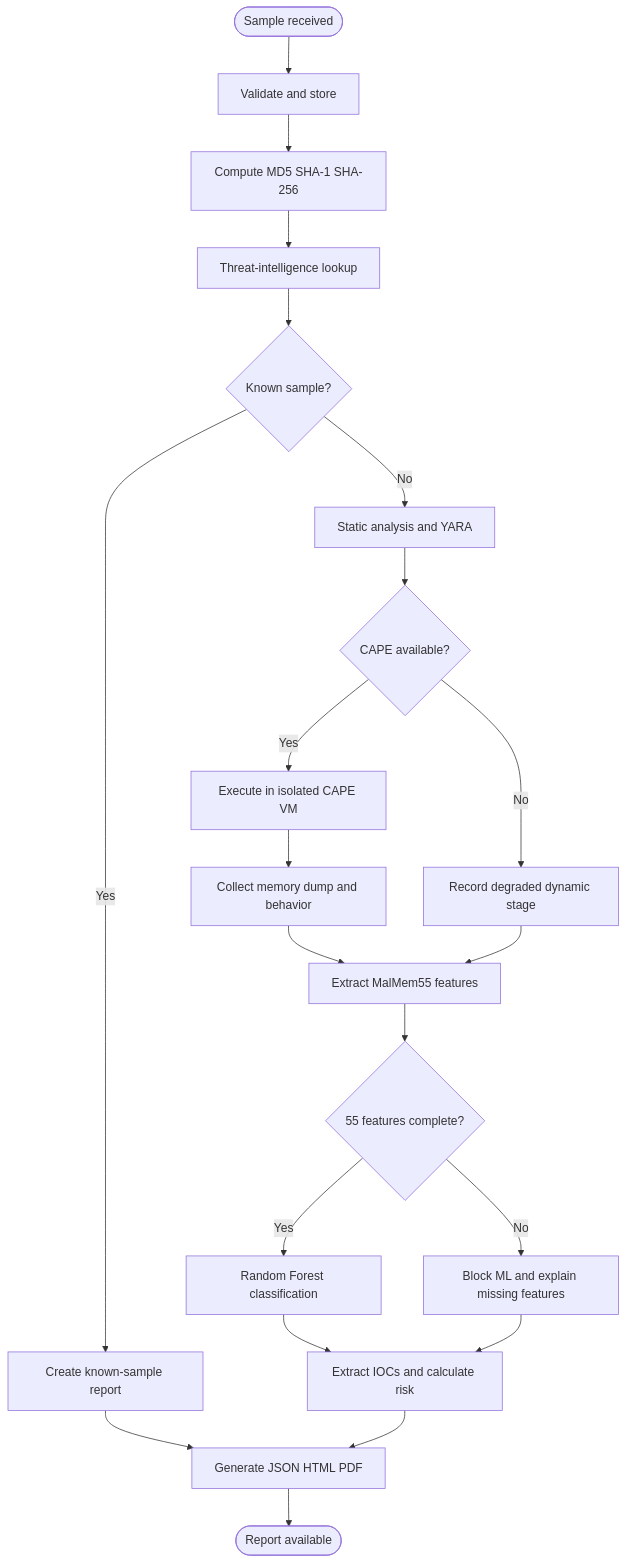
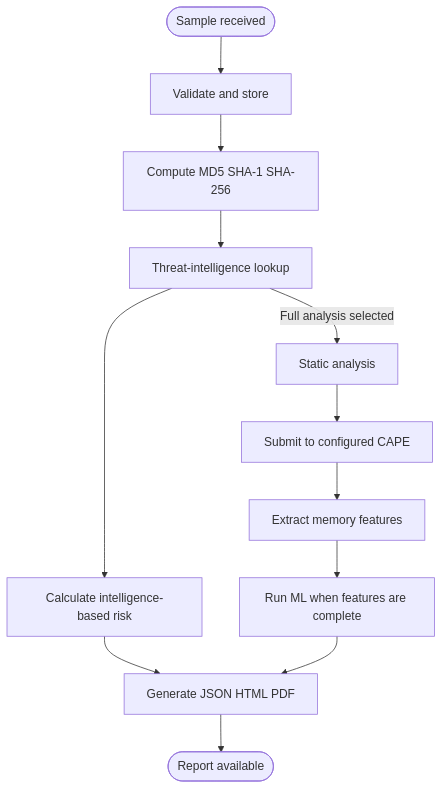
The second of 5 diagrams in Ransomware/docs/DIAGRAMS.md (Anshpatel2006/SentinelSuit), drawn with Mermaid before and after one commit. The commit also changed other lines of this file and 756 other files, not shown here.

````diff
--- a/Ransomware/docs/DIAGRAMS.md
+++ b/Ransomware/docs/DIAGRAMS.md
@@ -26,23 +22,14 @@
 ```mermaid
 flowchart TD
     start([Sample received]) --> validate[Validate and store]
     validate --> hash[Compute MD5 SHA-1 SHA-256]
     hash --> intel[Threat-intelligence lookup]
-    intel --> known{Known sample?}
-    known -->|Yes| knownReport[Create known-sample report]
-    known -->|No| static[Static analysis and YARA]
-    static --> cape{CAPE available?}
-    cape -->|No| degraded[Record degraded dynamic stage]
-    cape -->|Yes| behavior[Execute in isolated CAPE VM]
-    behavior --> memory[Collect memory dump and behavior]
-    memory --> features[Extract MalMem55 features]
-    degraded --> features
-    features --> complete{55 features complete?}
-    complete -->|No| blocked[Block ML and explain missing features]
-    complete -->|Yes| classify[Random Forest classification]
-    classify --> ioc[Extract IOCs and calculate risk]
-    blocked --> ioc
-    knownReport --> output[Generate JSON HTML PDF]
-    ioc --> output
+    intel --> risk[Calculate intelligence-based risk]
+    risk --> output[Generate JSON HTML PDF]
+    intel -->|Full analysis selected| static[Static analysis]
+    static --> cape[Submit to configured CAPE]
+    cape --> memory[Extract memory features]
+    memory --> ml[Run ML when features are complete]
+    ml --> output
     output --> finish([Report available])
 ```
````
